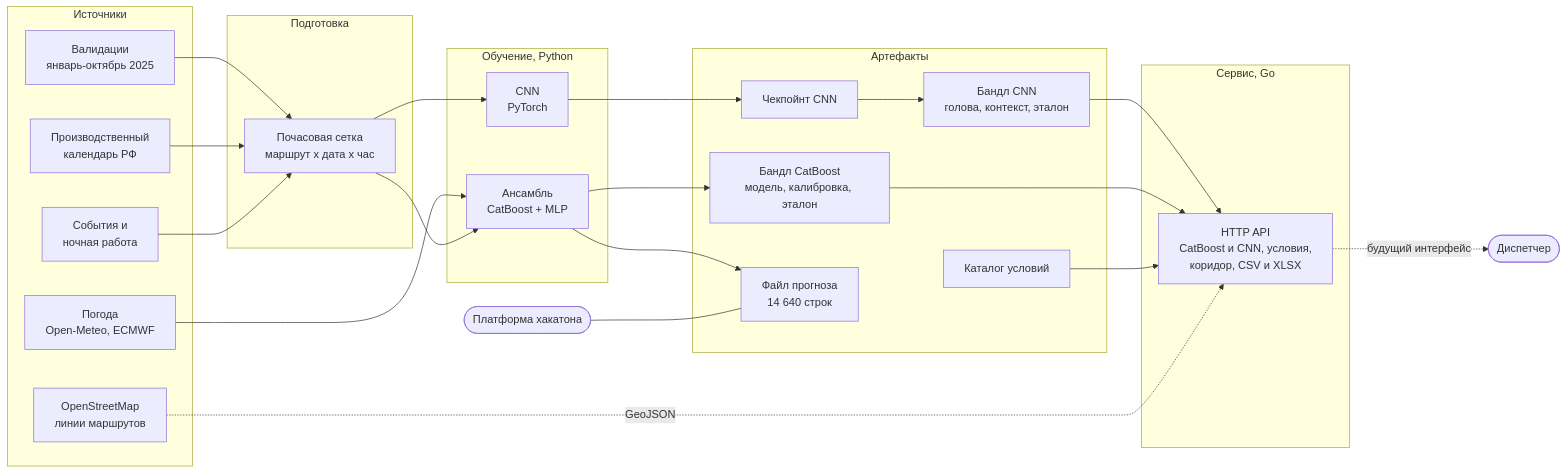
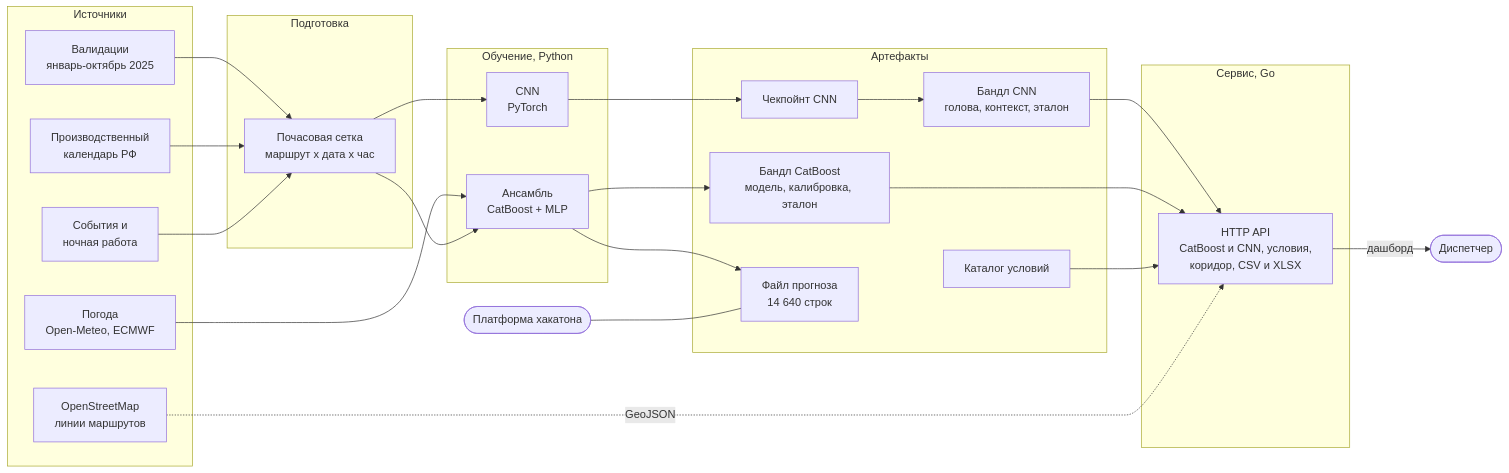
One commit to George573/trans_predicting changed the diagram in final/docs/diagrams/system-overview.mmd. Above: the diagram before and after it, drawn with Mermaid. The commit also changed 12 other files, not shown here.

```diff
--- a/final/docs/diagrams/system-overview.mmd
+++ b/final/docs/diagrams/system-overview.mmd
@@ -1,36 +1,36 @@
 flowchart LR
     subgraph SRC[Источники]
         V[Валидации<br/>январь-октябрь 2025]
         CAL[Производственный<br/>календарь РФ]
         EV[События и<br/>ночная работа]
         WX[Погода<br/>Open-Meteo, ECMWF]
         OSM[OpenStreetMap<br/>линии маршрутов]
     end
     subgraph PREP[Подготовка]
         G[Почасовая сетка<br/>маршрут x дата x час]
     end
     subgraph TRAIN[Обучение, Python]
         CNN[CNN<br/>PyTorch]
         ML[Ансамбль<br/>CatBoost + MLP]
     end
     subgraph ART[Артефакты]
         CK[Чекпойнт CNN]
         BC[Бандл CNN<br/>голова, контекст, эталон]
         BB[Бандл CatBoost<br/>модель, калибровка, эталон]
         CND[Каталог условий]
         CSV[Файл прогноза<br/>14 640 строк]
     end
     subgraph SVC[Сервис, Go]
         API[HTTP API<br/>CatBoost и CNN, условия,<br/>коридор, CSV и XLSX]
     end
     V --> G
     CAL --> G
     EV --> G
     WX --> ML
     G --> CNN --> CK --> BC --> API
     G --> ML --> CSV
     ML --> BB --> API
     CND --> API
     OSM -.GeoJSON.-> API
-    API -.будущий интерфейс.-> D([Диспетчер])
+    API --дашборд--> D([Диспетчер])
     J([Платформа хакатона]) --- CSV
```
